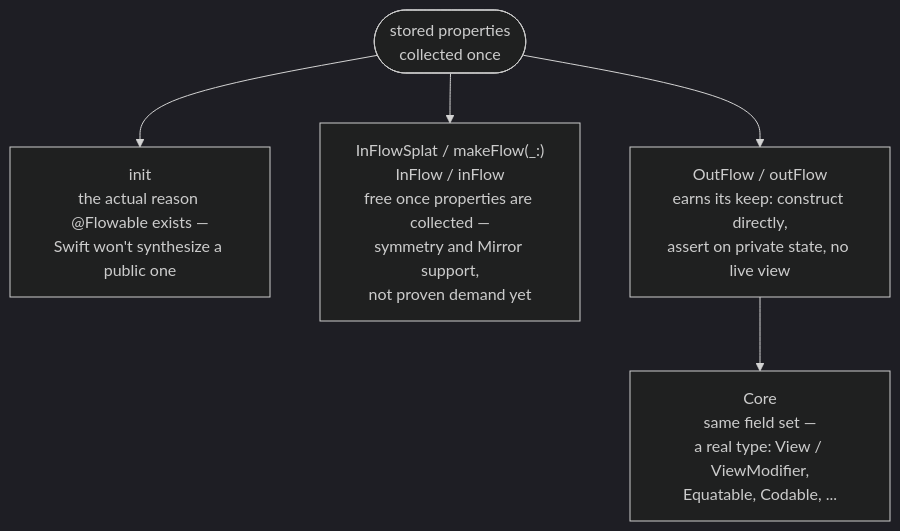
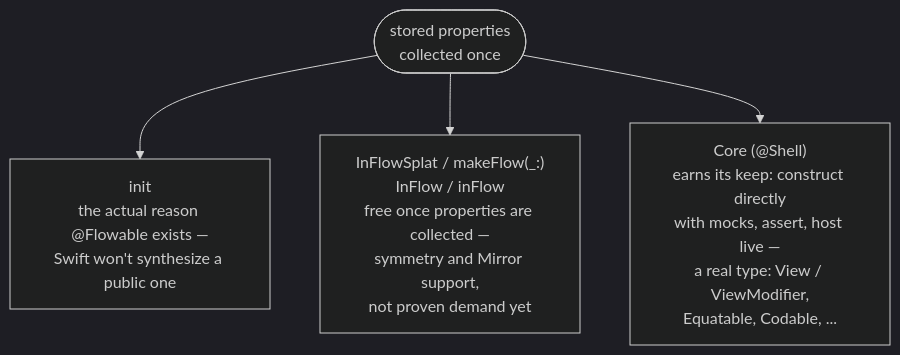
Before and after one commit to sisoje/swift-core-flow: the third of 3 diagrams in README.md, drawn with Mermaid (dark theme). The commit also changed other lines of this file and 14 other files, not shown here.

First line of the commit message:
Drop OutFlow/outFlow — Core is the one snapshot; docs state decisions, not history

````diff
--- a/README.md
+++ b/README.md
@@ -710,8 +618,7 @@
 ```mermaid
 flowchart TD
     props(["stored properties<br/>collected once"])
     props --> init["init<br/>the actual reason @Flowable exists —<br/>Swift won't synthesize a public one"]
     props --> flow["InFlowSplat / makeFlow(_:)<br/>InFlow / inFlow<br/>free once properties are collected —<br/>symmetry and Mirror support,<br/>not proven demand yet"]
-    props --> out["OutFlow / outFlow<br/>earns its keep: construct directly,<br/>assert on private state, no live view"]
-    out --> node["Core<br/>same field set —<br/>a real type: View / ViewModifier,<br/>Equatable, Codable, ..."]
+    props --> node["Core (@Shell)<br/>earns its keep: construct directly<br/>with mocks, assert, host live —<br/>a real type: View / ViewModifier,<br/>Equatable, Codable, ..."]
 ```
````
